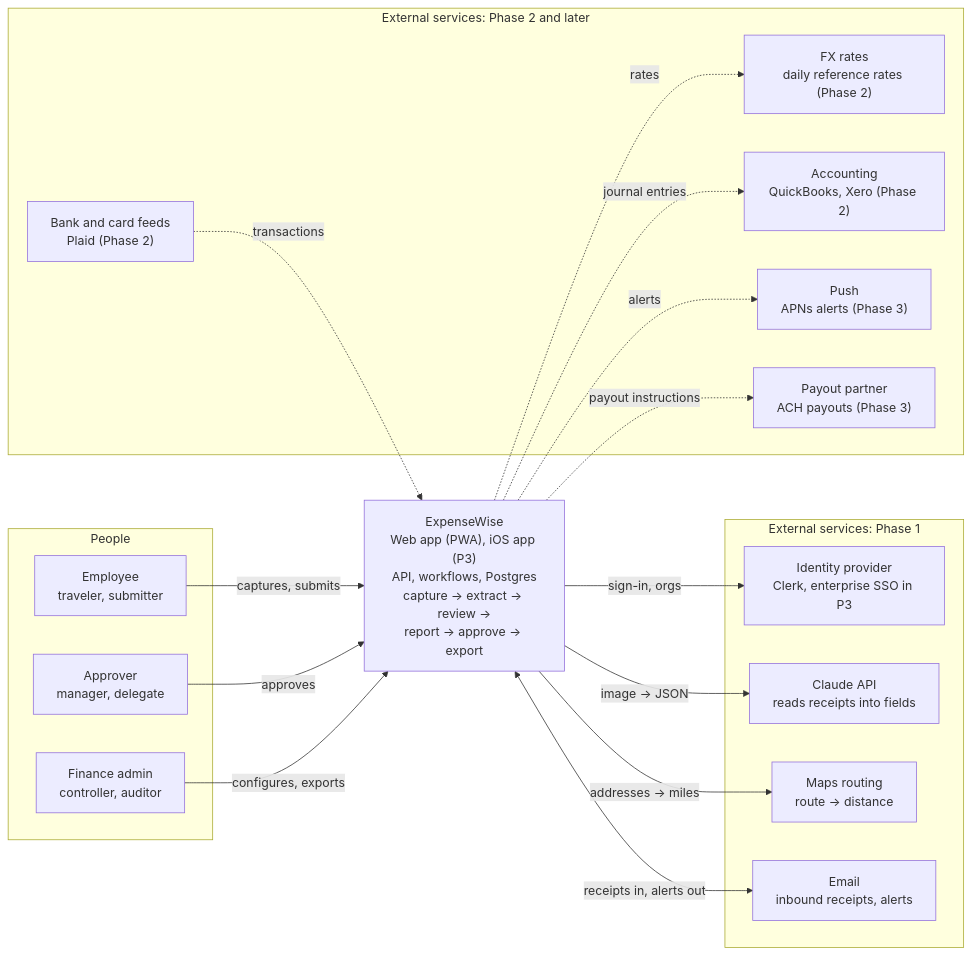
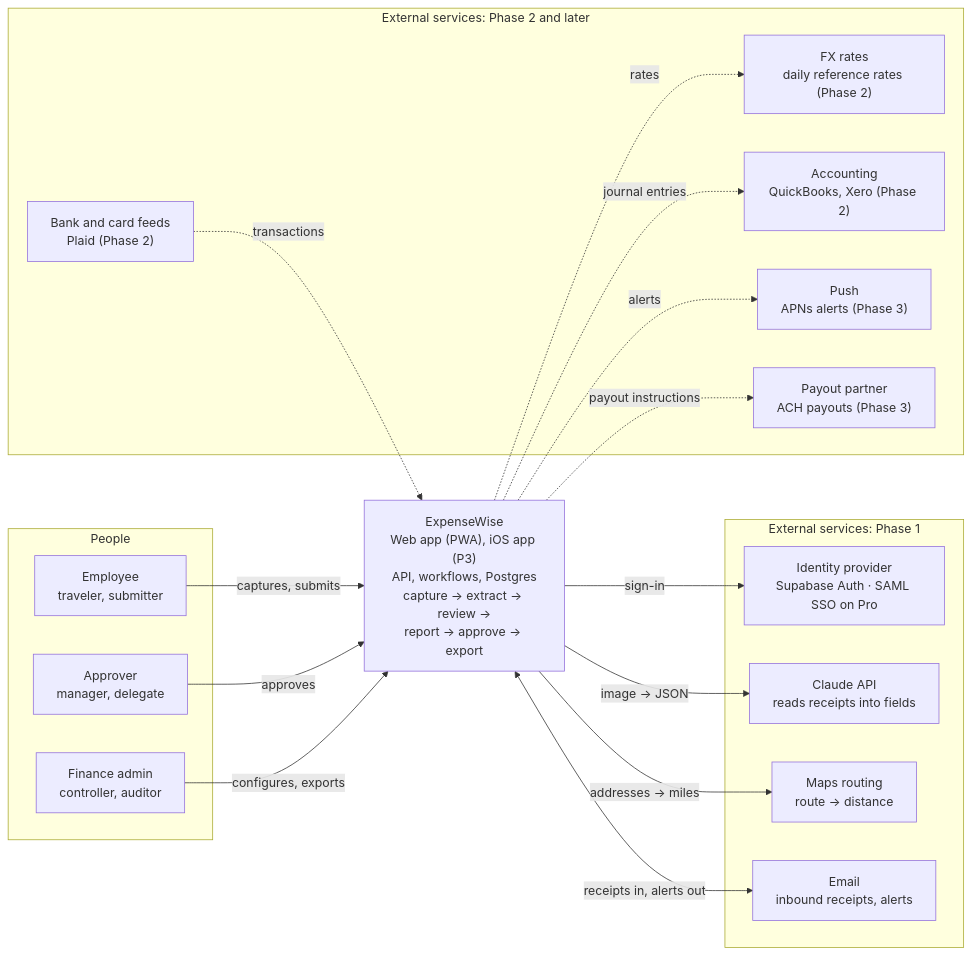
Before and after one commit to mronan83/ExpenseWise: the first of 6 diagrams in docs/05-architecture.md, drawn with Mermaid. The commit also changed other lines of this file and 9 other files, not shown here.

First line of the commit message:
docs: align architecture, delivery, roadmap and risks with ADR-0013

````diff
--- a/docs/05-architecture.md
+++ b/docs/05-architecture.md
@@ -24,34 +24,34 @@
 ```mermaid
 flowchart LR
     subgraph PEOPLE["People"]
         EMP["Employee<br/>traveler, submitter"]
         APR["Approver<br/>manager, delegate"]
         FIN["Finance admin<br/>controller, auditor"]
     end
     EW["ExpenseWise<br/>Web app (PWA), iOS app (P3)<br/>API, workflows, Postgres<br/>capture → extract → review →<br/>report → approve → export"]
     subgraph P1S["External services: Phase 1"]
-        IDP["Identity provider<br/>Clerk, enterprise SSO in P3"]
+        IDP["Identity provider<br/>Supabase Auth · SAML SSO on Pro"]
         LLM["Claude API<br/>reads receipts into fields"]
         MAPS["Maps routing<br/>route → distance"]
         MAIL["Email<br/>inbound receipts, alerts"]
     end
     subgraph LATER["External services: Phase 2 and later"]
         FX["FX rates<br/>daily reference rates (Phase 2)"]
         BANK["Bank and card feeds<br/>Plaid (Phase 2)"]
         ACC["Accounting<br/>QuickBooks, Xero (Phase 2)"]
         PUSH["Push<br/>APNs alerts (Phase 3)"]
         PAY["Payout partner<br/>ACH payouts (Phase 3)"]
     end
     EMP -->|"captures, submits"| EW
     APR -->|"approves"| EW
     FIN -->|"configures, exports"| EW
-    EW -->|"sign-in, orgs"| IDP
+    EW -->|"sign-in"| IDP
     EW -->|"image → JSON"| LLM
     EW -->|"addresses → miles"| MAPS
     EW <-->|"receipts in, alerts out"| MAIL
     EW -.->|"rates"| FX
     EW -.->|"alerts"| PUSH
     BANK -.->|"transactions"| EW
     EW -.->|"journal entries"| ACC
     EW -.->|"payout instructions"| PAY
 ```
````
